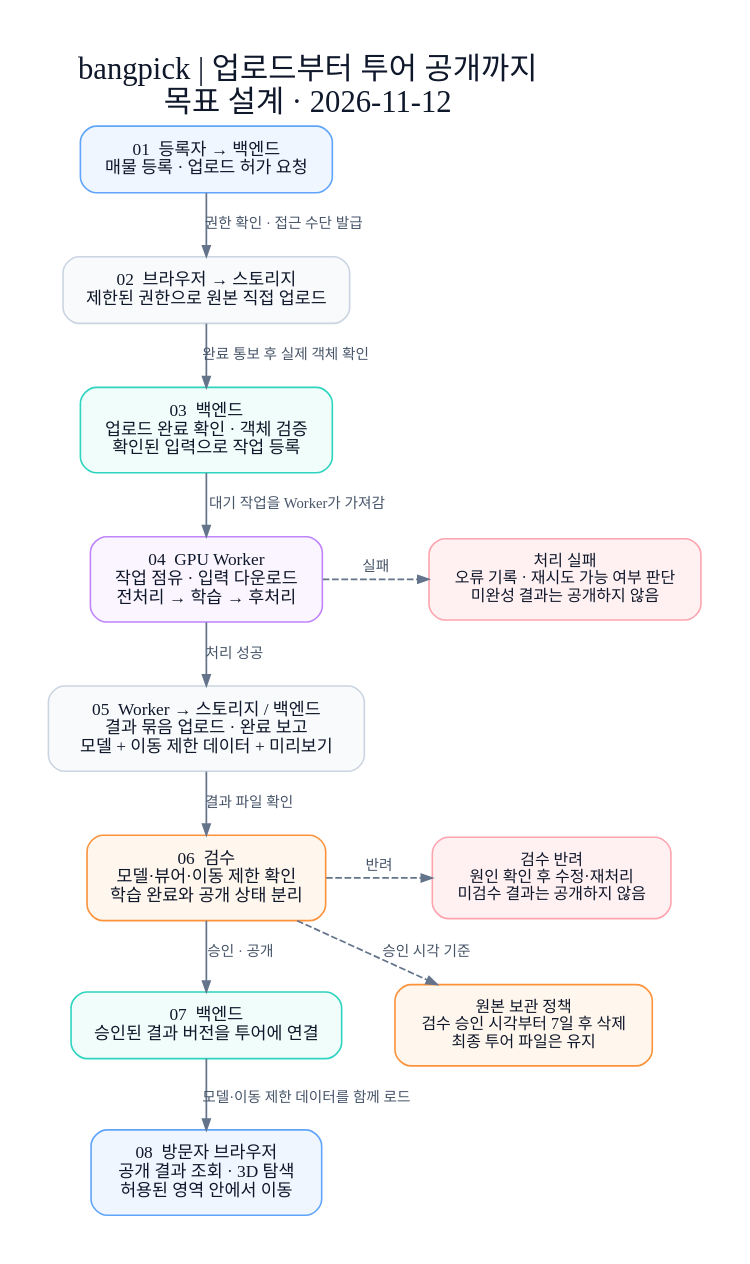
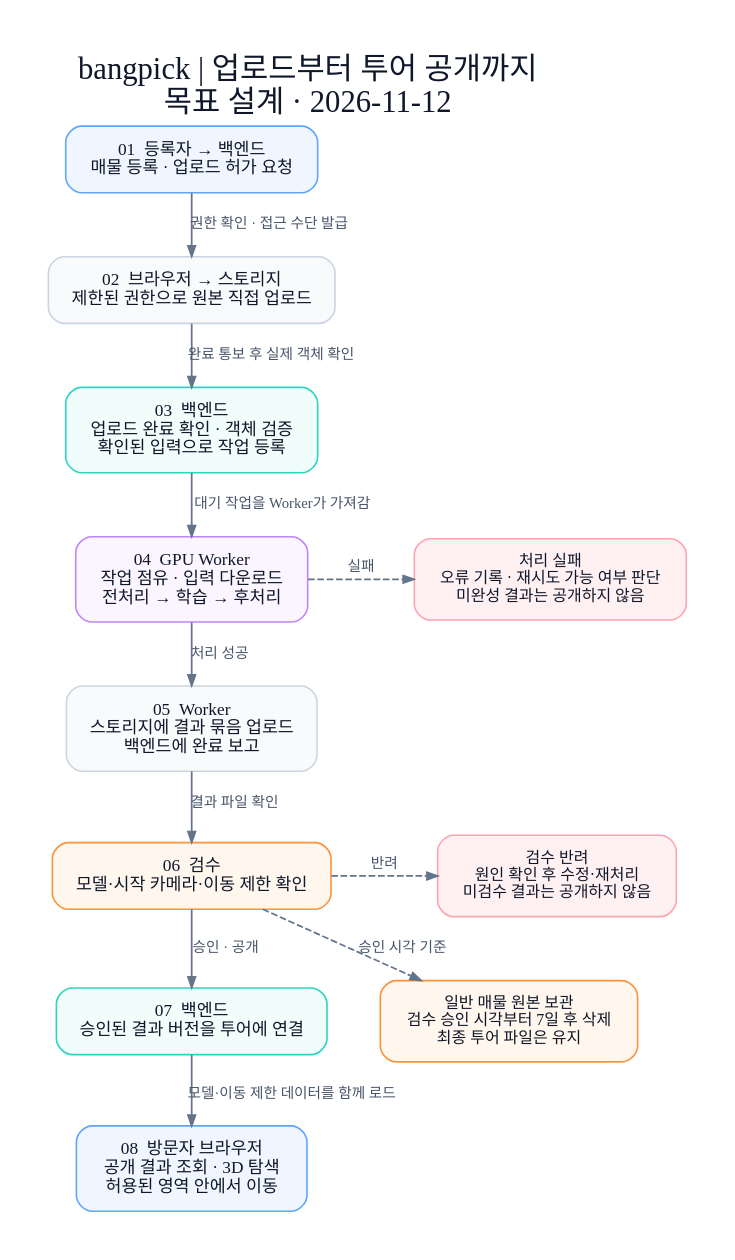
One commit to Bang9634/bangpick changed the diagram in docs/diagrams/reconstruction-flow.dot. Above: the diagram before and after it, drawn with Graphviz. The commit also changed 29 other files, not shown here.

```diff
--- a/docs/diagrams/reconstruction-flow.dot
+++ b/docs/diagrams/reconstruction-flow.dot
@@ -1,34 +1,34 @@
 digraph ReconstructionFlow {
   graph [rankdir=TB, bgcolor="white", pad=0.4, nodesep=0.55, ranksep=0.5,
     label="bangpick | 업로드부터 투어 공개까지\n목표 설계 · 2026-11-12", labelloc=t, labeljust=l,
     fontsize=23, fontcolor="#0f172a"];
   node [shape=box, style="rounded,filled", color="#cbd5e1", fillcolor="#f8fafc",
     fontcolor="#0f172a", fontsize=13, margin="0.23,0.15", penwidth=1.2];
   edge [color="#64748b", fontcolor="#475569", fontsize=11, arrowsize=0.8, penwidth=1.3];
 
   request [label="01  등록자 → 백엔드\n매물 등록 · 업로드 허가 요청", fillcolor="#eff6ff", color="#60a5fa"];
   upload [label="02  브라우저 → 스토리지\n제한된 권한으로 원본 직접 업로드"];
   verify [label="03  백엔드\n업로드 완료 확인 · 객체 검증\n확인된 입력으로 작업 등록", fillcolor="#f0fdfa", color="#2dd4bf"];
   process [label="04  GPU Worker\n작업 점유 · 입력 다운로드\n전처리 → 학습 → 후처리", fillcolor="#faf5ff", color="#c084fc"];
-  result [label="05  Worker → 스토리지 / 백엔드\n결과 묶음 업로드 · 완료 보고\n모델 + 이동 제한 데이터 + 미리보기"];
-  review [label="06  검수\n모델·뷰어·이동 제한 확인\n학습 완료와 공개 상태 분리", fillcolor="#fff7ed", color="#fb923c"];
+  result [label="05  Worker\n스토리지에 결과 묶음 업로드\n백엔드에 완료 보고"];
+  review [label="06  검수\n모델·시작 카메라·이동 제한 확인", fillcolor="#fff7ed", color="#fb923c"];
   publish [label="07  백엔드\n승인된 결과 버전을 투어에 연결", fillcolor="#f0fdfa", color="#2dd4bf"];
   viewer [label="08  방문자 브라우저\n공개 결과 조회 · 3D 탐색\n허용된 영역 안에서 이동", fillcolor="#eff6ff", color="#60a5fa"];
   retry [label="처리 실패\n오류 기록 · 재시도 가능 여부 판단\n미완성 결과는 공개하지 않음", fillcolor="#fff1f2", color="#fda4af", fontsize=12];
   rejected [label="검수 반려\n원인 확인 후 수정·재처리\n미검수 결과는 공개하지 않음", fillcolor="#fff1f2", color="#fda4af", fontsize=12];
-  retention [label="원본 보관 정책\n검수 승인 시각부터 7일 후 삭제\n최종 투어 파일은 유지", fillcolor="#fff7ed", color="#fb923c", fontsize=12];
+  retention [label="일반 매물 원본 보관\n검수 승인 시각부터 7일 후 삭제\n최종 투어 파일은 유지", fillcolor="#fff7ed", color="#fb923c", fontsize=12];
 
   request -> upload [label="권한 확인 · 접근 수단 발급"];
   upload -> verify [label="완료 통보 후 실제 객체 확인"];
   verify -> process [label="대기 작업을 Worker가 가져감"];
   process -> result [label="처리 성공"];
   process -> retry [label="실패", style=dashed, constraint=false];
   result -> review [label="결과 파일 확인"];
   review -> rejected [label="반려", style=dashed, constraint=false];
   review -> publish [label="승인 · 공개"];
   review -> retention [label="승인 시각 기준", style=dashed, constraint=false];
   publish -> viewer [label="모델·이동 제한 데이터를 함께 로드"];
   {rank=same; process; retry;}
   {rank=same; review; rejected;}
   {rank=same; publish; retention;}
 }
```
